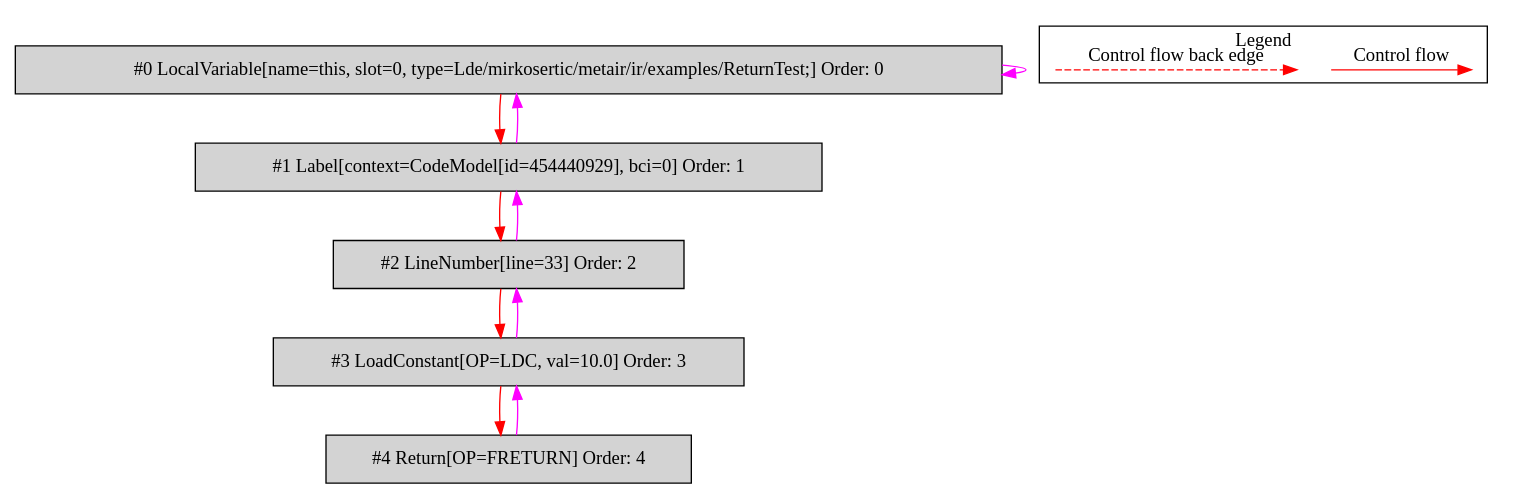
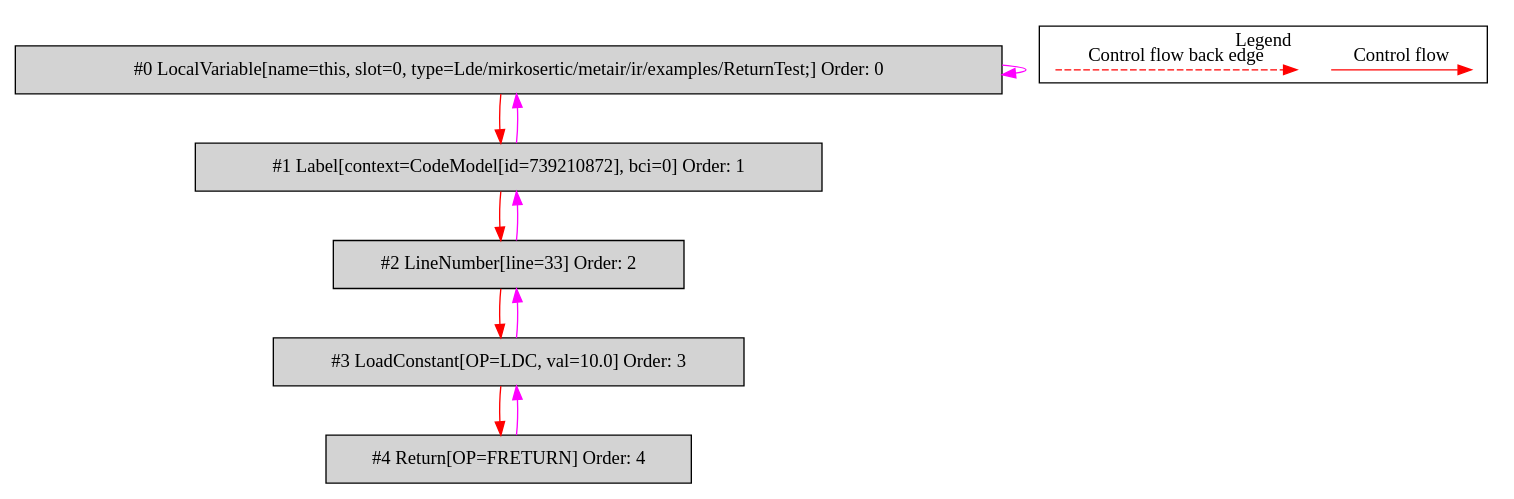
The diagram in de.mirkosertic.metair.ir.examples.ReturnTest/returnFloat/bytecodecfg.dot (mirkosertic/MetaIR), drawn with Graphviz before and after one commit. The commit also changed 477 other files, not shown here.

```diff
--- a/de.mirkosertic.metair.ir.examples.ReturnTest/returnFloat/bytecodecfg.dot
+++ b/de.mirkosertic.metair.ir.examples.ReturnTest/returnFloat/bytecodecfg.dot
@@ -1,31 +1,31 @@
 digraph {
  ordering="in";
  node0[label="#0 LocalVariable[name=this, slot=0, type=Lde/mirkosertic/metair/ir/examples/ReturnTest;] Order: 0", shape=box, fillcolor=lightgrey, style=filled];
- node1[label="#1 Label[context=CodeModel[id=454440929], bci=0] Order: 1", shape=box, fillcolor=lightgrey, style=filled];
+ node1[label="#1 Label[context=CodeModel[id=739210872], bci=0] Order: 1", shape=box, fillcolor=lightgrey, style=filled];
  node2[label="#2 LineNumber[line=33] Order: 2", shape=box, fillcolor=lightgrey, style=filled];
  node3[label="#3 LoadConstant[OP=LDC, val=10.0] Order: 3", shape=box, fillcolor=lightgrey, style=filled];
  node4[label="#4 Return[OP=FRETURN] Order: 4", shape=box, fillcolor=lightgrey, style=filled];
  node0 -> node0[color=fuchsia];
  node0 -> node1[color=red];
  node1 -> node0[color=fuchsia];
  node1 -> node2[color=red];
  node2 -> node1[color=fuchsia];
  node2 -> node3[color=red];
  node3 -> node2[color=fuchsia];
  node3 -> node4[color=red];
  node4 -> node3[color=fuchsia];
  subgraph cluster_000 {
   label = "Legend";
   node [shape=point]
   {
    rank=same;
    c0 [style = invis];
    c1 [style = invis];
    c2 [style = invis];
    c3 [style = invis];
   }
   c0 -> c1 [label="Control flow", style=solid, color=red]
   c2 -> c3 [label="Control flow back edge", style=dashed, color=red]
  }
 
 }
```
